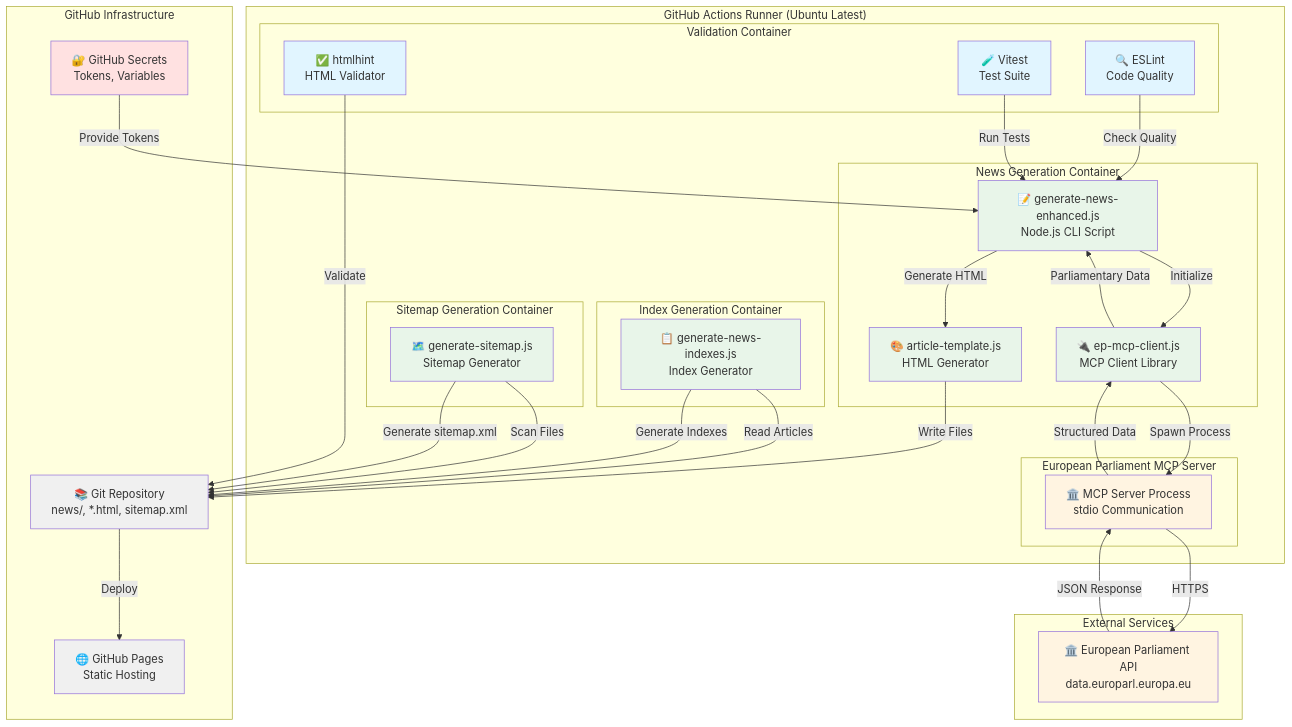
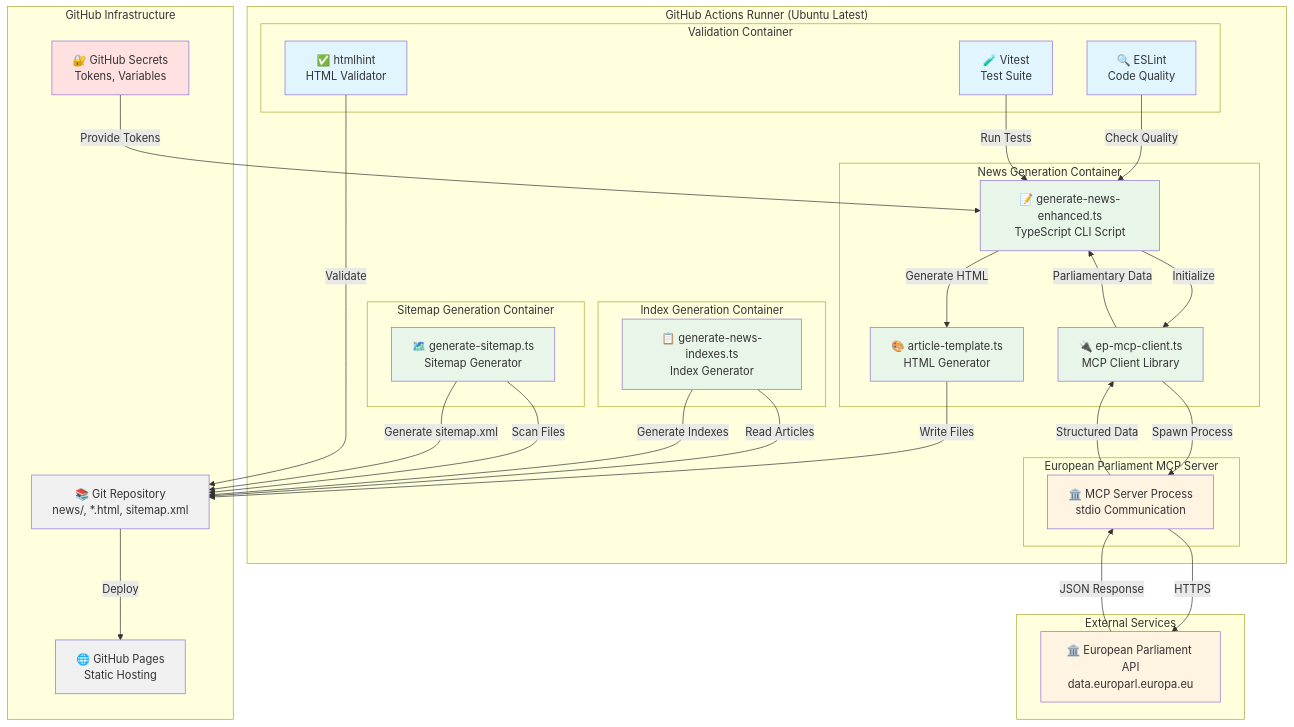
One commit to Hack23/euparliamentmonitor changed the third of 18 diagrams in SECURITY_ARCHITECTURE.md. Above: the diagram before and after it, drawn with Mermaid. The commit also changed other lines of this file, not shown here.

First line of the commit message:
fix: correct SECURITY_ARCHITECTURE.md to match actual system implementation

````diff
--- a/SECURITY_ARCHITECTURE.md
+++ b/SECURITY_ARCHITECTURE.md
@@ -297,74 +299,74 @@
 ```mermaid
 graph TB
     subgraph "GitHub Actions Runner (Ubuntu Latest)"
         subgraph "News Generation Container"
-            CLI[📝 generate-news-enhanced.js<br/>Node.js CLI Script]
-            TEMPLATE[🎨 article-template.js<br/>HTML Generator]
-            CLIENT[🔌 ep-mcp-client.js<br/>MCP Client Library]
+            CLI[📝 generate-news-enhanced.ts<br/>TypeScript CLI Script]
+            TEMPLATE[🎨 article-template.ts<br/>HTML Generator]
+            CLIENT[🔌 ep-mcp-client.ts<br/>MCP Client Library]
         end
 
         subgraph "Index Generation Container"
-            IDX[📋 generate-news-indexes.js<br/>Index Generator]
+            IDX[📋 generate-news-indexes.ts<br/>Index Generator]
         end
 
         subgraph "Sitemap Generation Container"
-            SITE[🗺️ generate-sitemap.js<br/>Sitemap Generator]
+            SITE[🗺️ generate-sitemap.ts<br/>Sitemap Generator]
         end
 
         subgraph "European Parliament MCP Server"
             MCP[🏛️ MCP Server Process<br/>stdio Communication]
         end
 
         subgraph "Validation Container"
             HTML[✅ htmlhint<br/>HTML Validator]
             LINT[🔍 ESLint<br/>Code Quality]
             TEST[🧪 Vitest<br/>Test Suite]
         end
     end
 
     subgraph "GitHub Infrastructure"
         REPO[📚 Git Repository<br/>news/, *.html, sitemap.xml]
         PAGES[🌐 GitHub Pages<br/>Static Hosting]
         SECRETS[🔐 GitHub Secrets<br/>Tokens, Variables]
     end
 
     subgraph "External Services"
         EP_API[🏛️ European Parliament API<br/>data.europarl.europa.eu]
     end
 
     CLI -->|Initialize| CLIENT
     CLIENT -->|Spawn Process| MCP
     MCP -->|HTTPS| EP_API
     EP_API -->|JSON Response| MCP
     MCP -->|Structured Data| CLIENT
     CLIENT -->|Parliamentary Data| CLI
     CLI -->|Generate HTML| TEMPLATE
     TEMPLATE -->|Write Files| REPO
 
     IDX -->|Read Articles| REPO
     IDX -->|Generate Indexes| REPO
 
     SITE -->|Scan Files| REPO
     SITE -->|Generate sitemap.xml| REPO
 
     HTML -->|Validate| REPO
     LINT -->|Check Quality| CLI
     TEST -->|Run Tests| CLI
 
     REPO -->|Deploy| PAGES
     SECRETS -->|Provide Tokens| CLI
 
     style CLI fill:#e8f5e9
     style TEMPLATE fill:#e8f5e9
     style CLIENT fill:#e8f5e9
     style IDX fill:#e8f5e9
     style SITE fill:#e8f5e9
     style MCP fill:#fff4e1
     style HTML fill:#e1f5ff
     style LINT fill:#e1f5ff
     style TEST fill:#e1f5ff
     style REPO fill:#f0f0f0
     style PAGES fill:#f0f0f0
     style SECRETS fill:#ffe1e1
     style EP_API fill:#fff4e1
 ```
````
